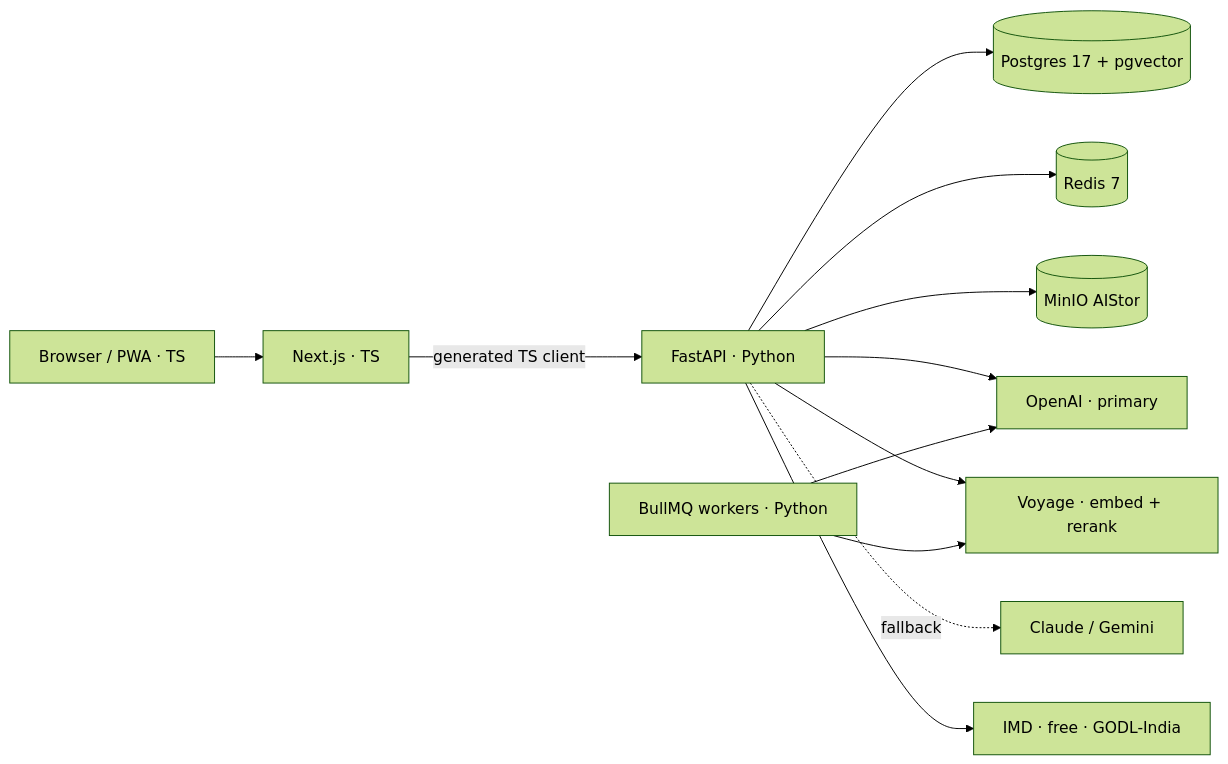
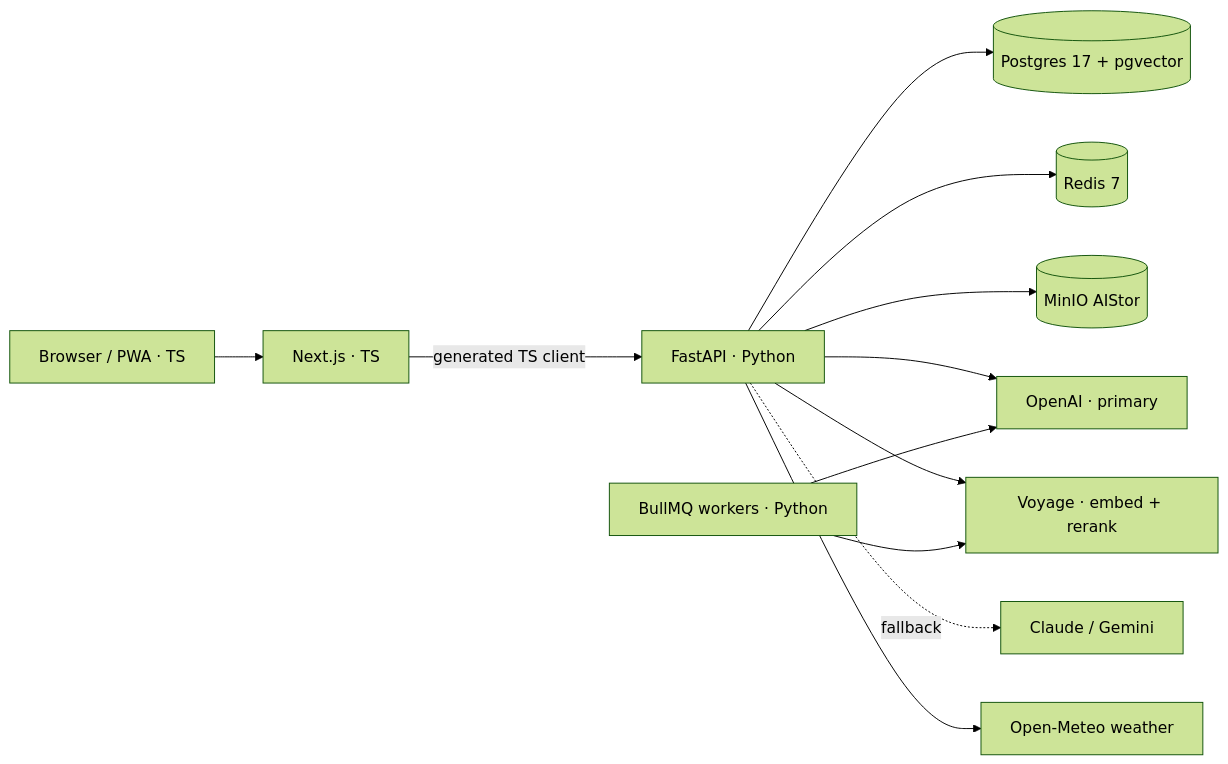
The third of 3 diagrams in docs/AgriVerse_Production_Application_Audit_Build_Plan.md (nishitsaha52/AgriVerse), drawn with Mermaid (forest theme) before and after one commit. The commit also changed other lines of this file and 90 other files, not shown here.

````diff
--- a/docs/AgriVerse_Production_Application_Audit_Build_Plan.md
+++ b/docs/AgriVerse_Production_Application_Audit_Build_Plan.md
@@ -221,14 +215,14 @@
 ```mermaid
 graph LR
   B[Browser / PWA · TS] --> NX[Next.js · TS]
   NX -->|generated TS client| API[FastAPI · Python]
   API --> PG[(Postgres 17 + pgvector)]
   API --> R[(Redis 7)]
   API --> MO[(MinIO AIStor)]
   API --> OAI[OpenAI · primary]
   API --> VO[Voyage · embed + rerank]
   API -.fallback.-> ALT[Claude / Gemini]
-  API --> IMD[IMD · free · GODL-India]
+  API --> OM[Open-Meteo weather]
   W[BullMQ workers · Python] --> VO
   W --> OAI
 ```
````
